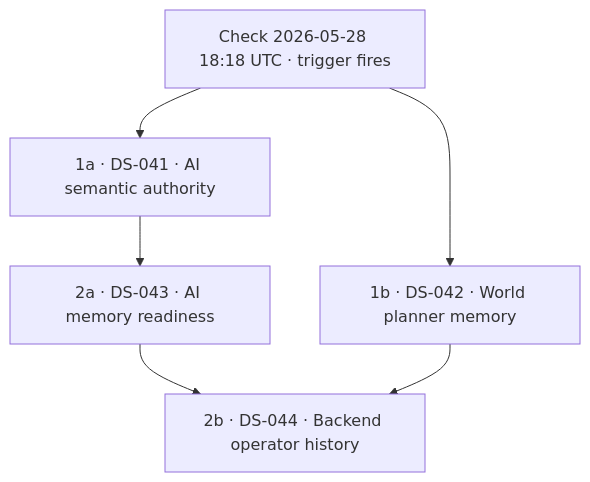
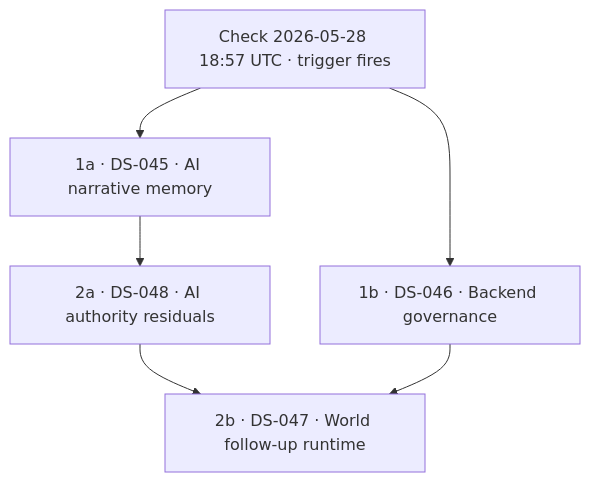
Before and after one commit to Held0fTheWelt/ASHEN-SHELL: the diagram in 'fy'-suites/despaghettify/despaghettification_implementation_input.md, drawn with Mermaid. The commit also changed other lines of this file and 13 other files, not shown here.

Commit message:
despaghettify DS-041-044 runtime authority tails

````diff
--- a/'fy'-suites/despaghettify/despaghettification_implementation_input.md
+++ b/'fy'-suites/despaghettify/despaghettification_implementation_input.md
@@ -97,8 +97,8 @@
 ```mermaid
 flowchart TD
-    Start["Check 2026-05-28 18:18 UTC · trigger fires"] --> P1A["1a · DS-041 · AI semantic authority"]
-    Start --> P1B["1b · DS-042 · World planner memory"]
-    P1A --> P2A["2a · DS-043 · AI memory readiness"]
-    P2A --> P2B["2b · DS-044 · Backend operator history"]
+    Start["Check 2026-05-28 18:57 UTC · trigger fires"] --> P1A["1a · DS-045 · AI narrative memory"]
+    Start --> P1B["1b · DS-046 · Backend governance"]
+    P1A --> P2A["2a · DS-048 · AI authority residuals"]
+    P2A --> P2B["2b · DS-047 · World follow-up runtime"]
     P1B --> P2B
 ```
````
